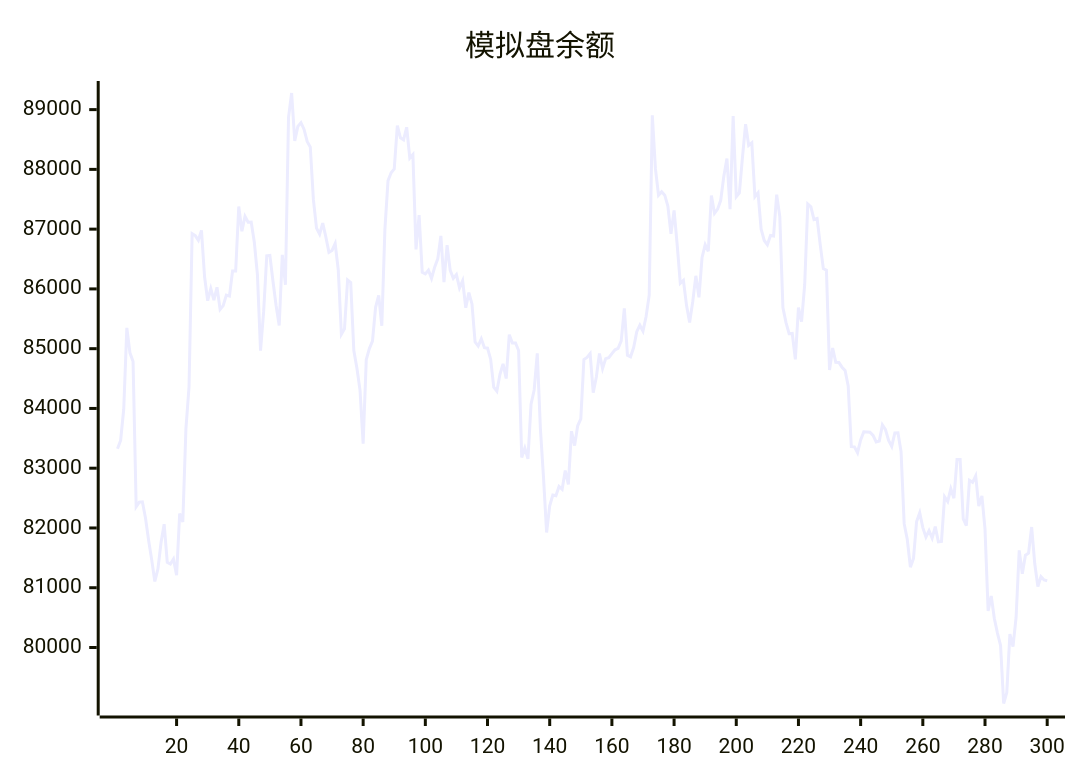
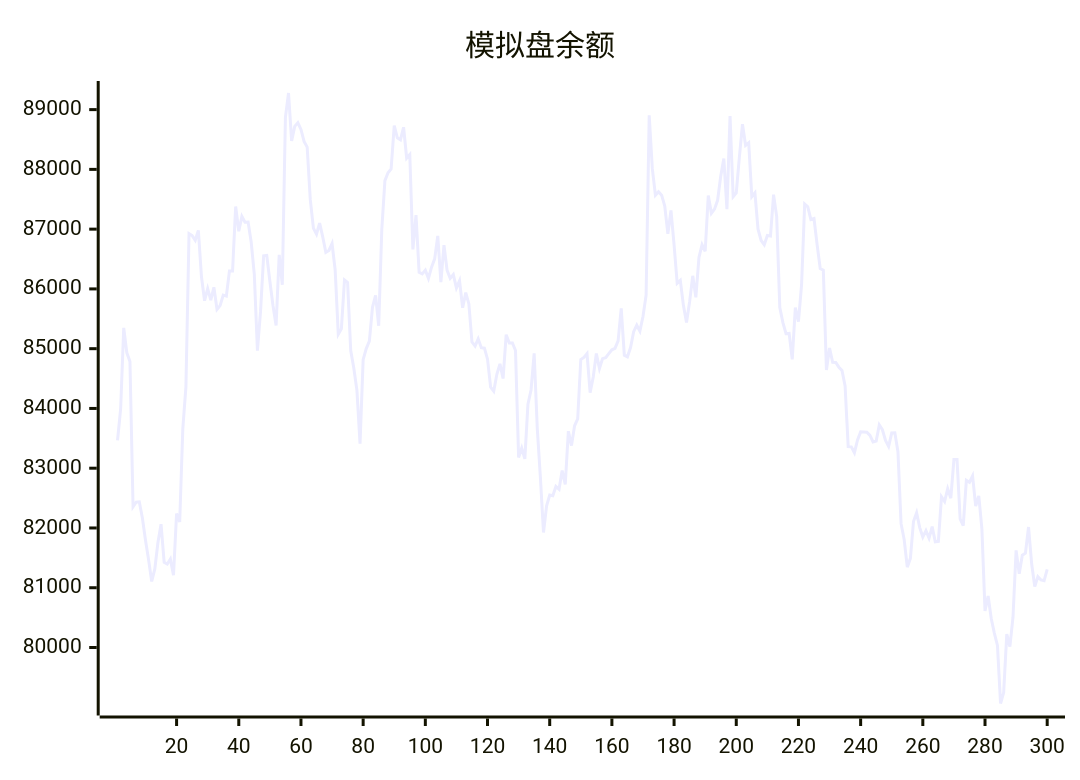
The diagram in README.md (aahl/ai-trading), drawn with Mermaid before and after one commit. The commit also changed other lines of this file and 1 other file, not shown here.

````diff
--- a/README.md
+++ b/README.md
@@ -5,5 +5,5 @@
 ```mermaid
 xychart
     title "模拟盘余额"
-    line [83327,83465,83987,85348,84930,84786,82355,82433,82438,82167,81795,81466,81105,81315,81756,82064,81426,81398,81481,81210,82242,82099,83658,84359,86925,86892,86814,86980,86203,85802,86003,85811,86028,85657,85721,85896,85880,86300,86299,87378,86965,87214,87115,87118,86780,86238,84966,85623,86555,86562,86129,85722,85387,86569,86070,88870,89278,88477,88720,88781,88668,88467,88372,87493,87018,86917,87102,86870,86613,86644,86758,86317,85242,85334,86149,86106,84968,84671,84302,83410,84816,85001,85127,85693,85891,85384,87001,87811,87945,88007,88734,88528,88495,88705,88189,88248,86662,87234,86279,86251,86314,86177,86364,86503,86886,86114,86731,86310,86176,86240,86017,86136,85685,85938,85749,85111,85044,85164,85016,85008,84824,84354,84287,84572,84745,84500,85234,85096,85095,84970,83180,83338,83157,84070,84309,84922,83667,82850,81924,82369,82552,82539,82695,82648,82962,82728,83619,83378,83710,83825,84819,84854,84917,84265,84527,84919,84668,84834,84850,84916,84981,85004,85131,85674,84891,84864,85019,85284,85393,85294,85538,85894,88904,88012,87567,87625,87568,87386,86920,87313,86737,86094,86143,85725,85437,85787,86219,85859,86526,86740,86630,87563,87264,87335,87483,87886,88180,87335,88894,87544,87608,88207,88755,88401,88444,87543,87608,87000,86810,86740,86894,86884,87576,87209,85686,85435,85251,85255,84820,85689,85453,86066,87420,87373,87161,87178,86740,86341,86315,84643,85012,84772,84768,84690,84635,84376,83360,83357,83259,83474,83608,83606,83602,83548,83440,83454,83724,83644,83464,83365,83590,83592,83275,82072,81806,81344,81492,82109,82254,82006,81848,81955,81829,82022,81769,81776,82522,82441,82656,82498,83144,83144,82150,82038,82797,82763,82872,82367,82536,81981,80612,80862,80484,80242,80034,79063,79245,80226,80016,80507,81625,81233,81544,81578,82016,81401,81019,81186,81130,81118]
+    line [83465,83987,85348,84930,84786,82355,82433,82438,82167,81795,81466,81105,81315,81756,82064,81426,81398,81481,81210,82242,82099,83658,84359,86925,86892,86814,86980,86203,85802,86003,85811,86028,85657,85721,85896,85880,86300,86299,87378,86965,87214,87115,87118,86780,86238,84966,85623,86555,86562,86129,85722,85387,86569,86070,88870,89278,88477,88720,88781,88668,88467,88372,87493,87018,86917,87102,86870,86613,86644,86758,86317,85242,85334,86149,86106,84968,84671,84302,83410,84816,85001,85127,85693,85891,85384,87001,87811,87945,88007,88734,88528,88495,88705,88189,88248,86662,87234,86279,86251,86314,86177,86364,86503,86886,86114,86731,86310,86176,86240,86017,86136,85685,85938,85749,85111,85044,85164,85016,85008,84824,84354,84287,84572,84745,84500,85234,85096,85095,84970,83180,83338,83157,84070,84309,84922,83667,82850,81924,82369,82552,82539,82695,82648,82962,82728,83619,83378,83710,83825,84819,84854,84917,84265,84527,84919,84668,84834,84850,84916,84981,85004,85131,85674,84891,84864,85019,85284,85393,85294,85538,85894,88904,88012,87567,87625,87568,87386,86920,87313,86737,86094,86143,85725,85437,85787,86219,85859,86526,86740,86630,87563,87264,87335,87483,87886,88180,87335,88894,87544,87608,88207,88755,88401,88444,87543,87608,87000,86810,86740,86894,86884,87576,87209,85686,85435,85251,85255,84820,85689,85453,86066,87420,87373,87161,87178,86740,86341,86315,84643,85012,84772,84768,84690,84635,84376,83360,83357,83259,83474,83608,83606,83602,83548,83440,83454,83724,83644,83464,83365,83590,83592,83275,82072,81806,81344,81492,82109,82254,82006,81848,81955,81829,82022,81769,81776,82522,82441,82656,82498,83144,83144,82150,82038,82797,82763,82872,82367,82536,81981,80612,80862,80484,80242,80034,79063,79245,80226,80016,80507,81625,81233,81544,81578,82016,81401,81019,81186,81130,81118,81306]
 ```
````
